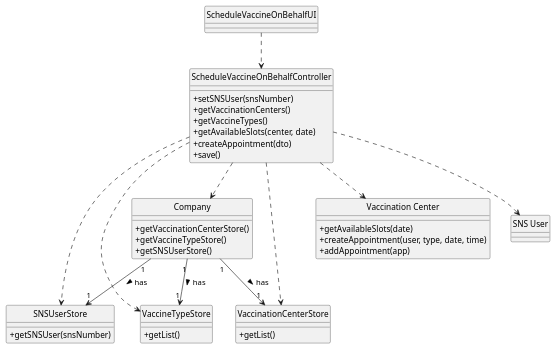
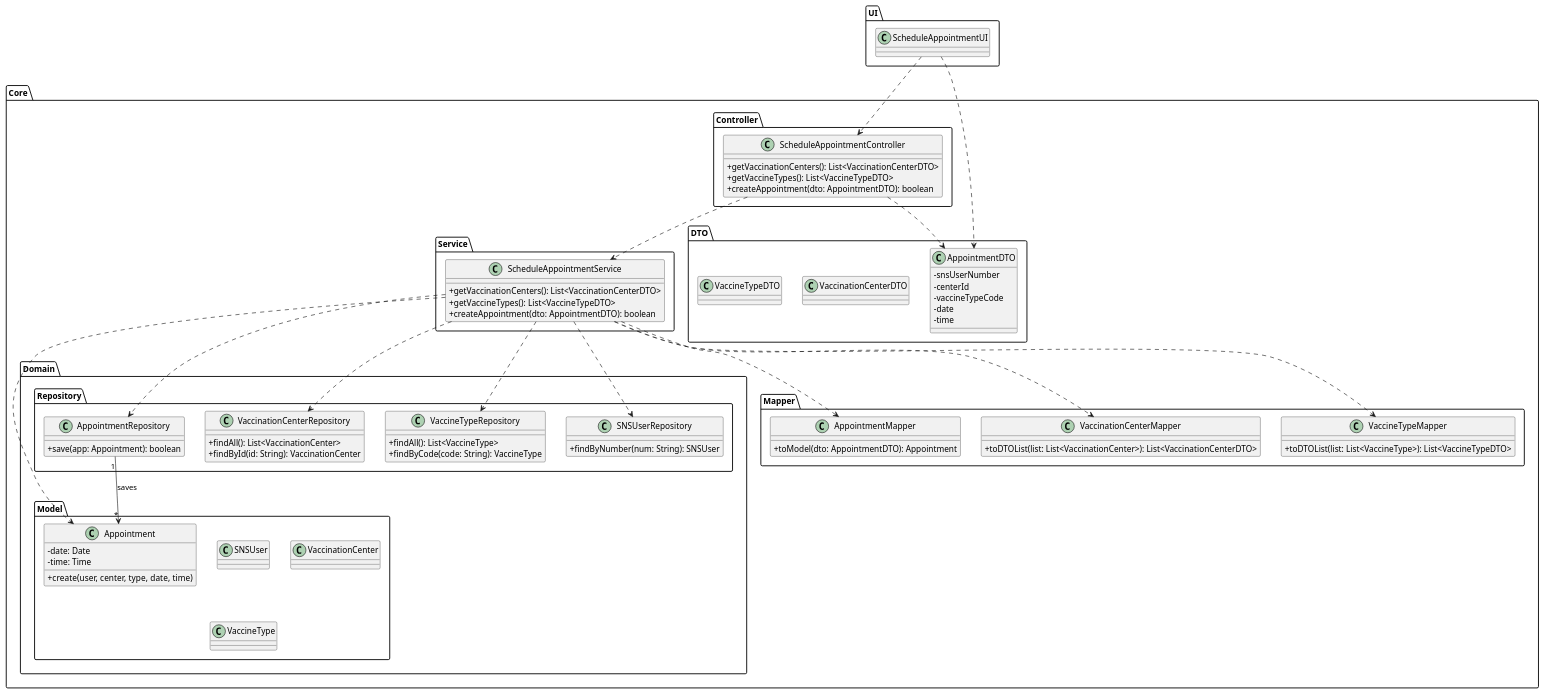
Before and after one commit to afonso51111/leti-esoft-25-26-A33: the diagram in project-template/docs/sprint 4/US21/puml/US21-CD.puml, drawn with PlantUML. The commit also changed 201 other files, not shown here.

```diff
--- a/project-template/docs/sprint 4/US21/puml/US21-CD.puml
+++ b/project-template/docs/sprint 4/US21/puml/US21-CD.puml
@@ -1,56 +1,99 @@
 @startuml
 skinparam classAttributeIconSize 0
-hide circle
 
-class ScheduleVaccineOnBehalfUI {
+package "UI" {
+  class ScheduleAppointmentUI {
+  }
 }
 
-class ScheduleVaccineOnBehalfController {
-  + setSNSUser(snsNumber)
-  + getVaccinationCenters()
-  + getVaccineTypes()
-  + getAvailableSlots(center, date)
-  + createAppointment(dto)
-  + save()
+package "Core" {
+
+  package "Controller" {
+    class ScheduleAppointmentController {
+      + getVaccinationCenters(): List<VaccinationCenterDTO>
+      + getVaccineTypes(): List<VaccineTypeDTO>
+      + createAppointment(dto: AppointmentDTO): boolean
+    }
+  }
+
+  package "Service" {
+    class ScheduleAppointmentService {
+      + getVaccinationCenters(): List<VaccinationCenterDTO>
+      + getVaccineTypes(): List<VaccineTypeDTO>
+      + createAppointment(dto: AppointmentDTO): boolean
+    }
+  }
+
+  package "Domain" {
+    package "Model" {
+      class Appointment {
+        - date: Date
+        - time: Time
+        + create(user, center, type, date, time)
+      }
+      class SNSUser {}
+      class VaccinationCenter {}
+      class VaccineType {}
+    }
+
+    package "Repository" {
+      class AppointmentRepository {
+        + save(app: Appointment): boolean
+      }
+      class VaccinationCenterRepository {
+        + findAll(): List<VaccinationCenter>
+        + findById(id: String): VaccinationCenter
+      }
+      class VaccineTypeRepository {
+        + findAll(): List<VaccineType>
+        + findByCode(code: String): VaccineType
+      }
+      class SNSUserRepository {
+        + findByNumber(num: String): SNSUser
+      }
+    }
+  }
+
+  package "DTO" {
+    class AppointmentDTO {
+      - snsUserNumber
+      - centerId
+      - vaccineTypeCode
+      - date
+      - time
+    }
+    class VaccinationCenterDTO {}
+    class VaccineTypeDTO {}
+  }
+
+  package "Mapper" {
+    class AppointmentMapper {
+      + toModel(dto: AppointmentDTO): Appointment
+    }
+    class VaccinationCenterMapper {
+      + toDTOList(list: List<VaccinationCenter>): List<VaccinationCenterDTO>
+    }
+    class VaccineTypeMapper {
+      + toDTOList(list: List<VaccineType>): List<VaccineTypeDTO>
+    }
+  }
 }
 
-class Company {
-  + getVaccinationCenterStore()
-  + getVaccineTypeStore()
-  + getSNSUserStore()
-}
+ScheduleAppointmentUI ..> ScheduleAppointmentController
+ScheduleAppointmentUI ..> AppointmentDTO
 
-class SNSUserStore {
-  + getSNSUser(snsNumber)
-}
+ScheduleAppointmentController ..> ScheduleAppointmentService
+ScheduleAppointmentController ..> AppointmentDTO
 
-class VaccinationCenterStore {
-  + getList()
-}
+ScheduleAppointmentService ..> AppointmentRepository
+ScheduleAppointmentService ..> VaccinationCenterRepository
+ScheduleAppointmentService ..> VaccineTypeRepository
+ScheduleAppointmentService ..> SNSUserRepository
+ScheduleAppointmentService ..> Appointment
+ScheduleAppointmentService ..> AppointmentMapper
+ScheduleAppointmentService ..> VaccinationCenterMapper
+ScheduleAppointmentService ..> VaccineTypeMapper
 
-class VaccineTypeStore {
-  + getList()
-}
-
-class "Vaccination Center" {
-  + getAvailableSlots(date)
-  + createAppointment(user, type, date, time)
-  + addAppointment(app)
-}
-
-class "SNS User" {
-}
-
-ScheduleVaccineOnBehalfUI ..> ScheduleVaccineOnBehalfController
-ScheduleVaccineOnBehalfController ..> Company
-ScheduleVaccineOnBehalfController ..> SNSUserStore
-ScheduleVaccineOnBehalfController ..> VaccinationCenterStore
-ScheduleVaccineOnBehalfController ..> VaccineTypeStore
-ScheduleVaccineOnBehalfController ..> "Vaccination Center"
-ScheduleVaccineOnBehalfController ..> "SNS User"
-
-Company "1" --> "1" SNSUserStore : has >
-Company "1" --> "1" VaccinationCenterStore : has >
-Company "1" --> "1" VaccineTypeStore : has >
+AppointmentRepository "1" --> "*" Appointment : saves
 
 @enduml
```
